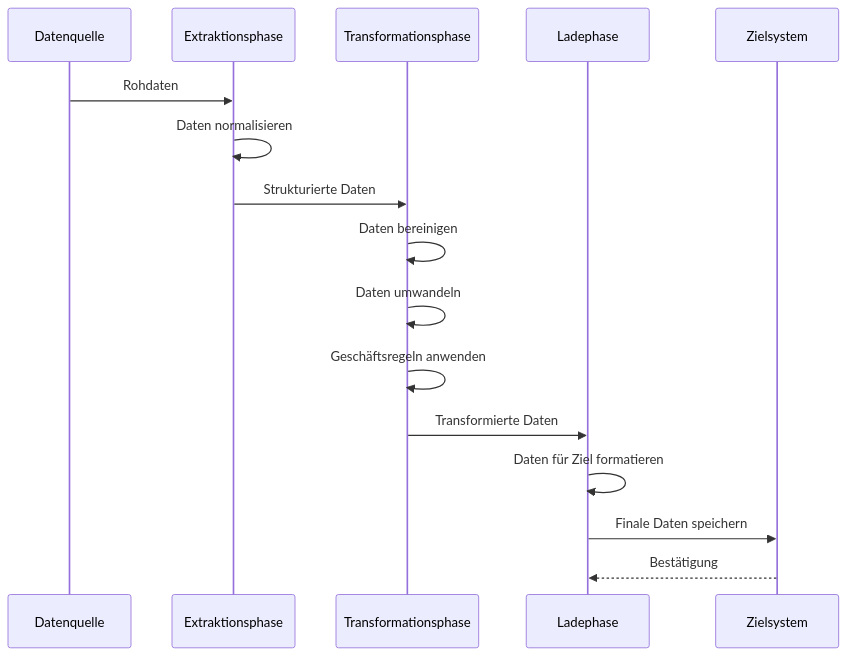
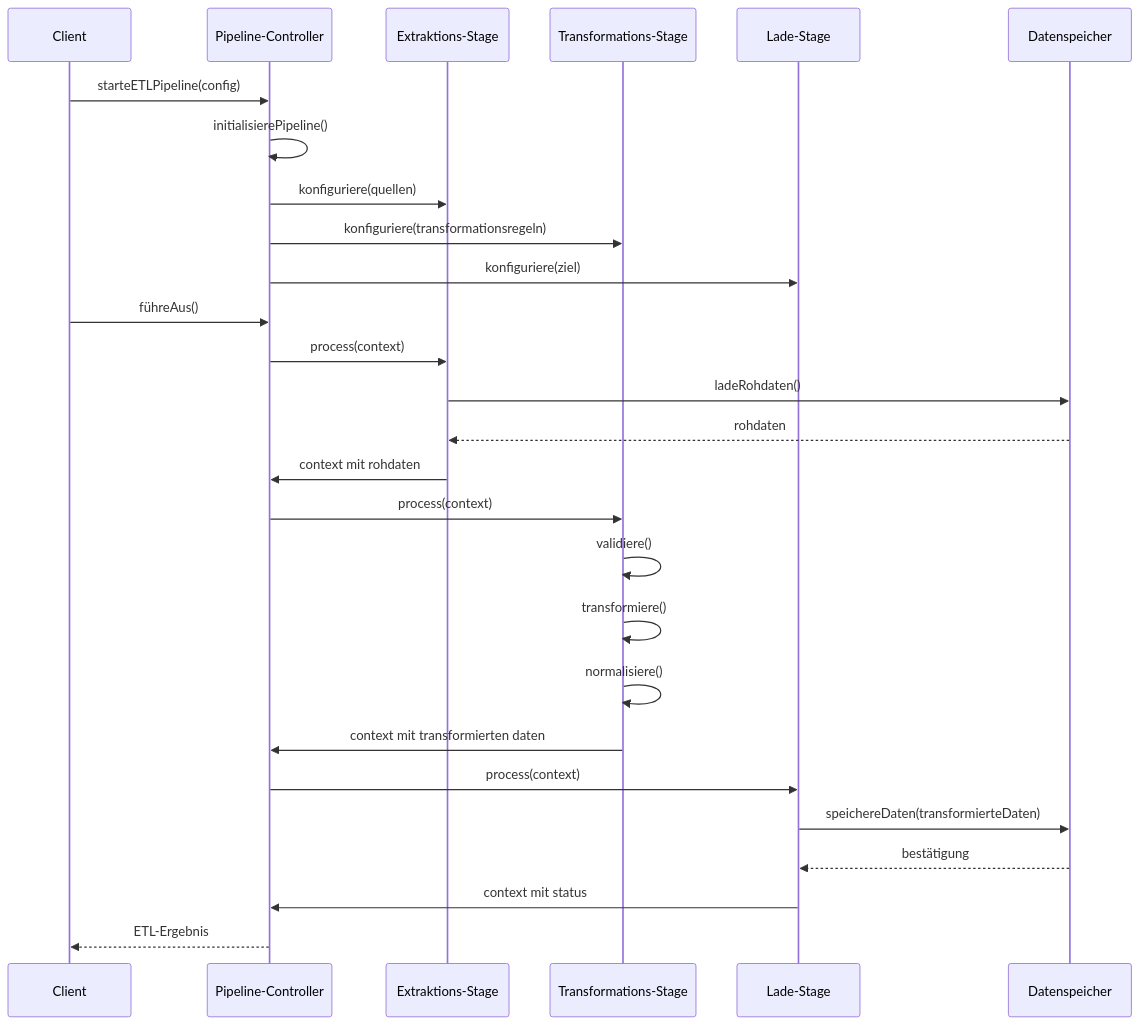
One commit to scimbe/VS_Pattern_By_KI changed the third of 8 diagrams in Pipeline/docs/USE_CASES.md. Above: the diagram before and after it, drawn with Mermaid. The commit also changed other lines of this file and 19 other files, not shown here.

````diff
--- a/Pipeline/docs/USE_CASES.md
+++ b/Pipeline/docs/USE_CASES.md
@@ -64,21 +61,34 @@
 ```mermaid
 sequenceDiagram
-    participant Quelle as Datenquelle
-    participant Extract as Extraktionsphase
-    participant Transform as Transformationsphase
-    participant Load as Ladephase
-    participant Ziel as Zielsystem
+    participant Client
+    participant Controller as Pipeline-Controller
+    participant Extract as Extraktions-Stage
+    participant Transform as Transformations-Stage
+    participant Load as Lade-Stage
+    participant Storage as Datenspeicher
     
-    Quelle->>Extract: Rohdaten
-    Extract->>Extract: Daten normalisieren 
-    Extract->>Transform: Strukturierte Daten
+    Client->>Controller: starteETLPipeline(config)
+    Controller->>Controller: initialisierePipeline()
+    Controller->>Extract: konfiguriere(quellen)
+    Controller->>Transform: konfiguriere(transformationsregeln)
+    Controller->>Load: konfiguriere(ziel)
     
-    Transform->>Transform: Daten bereinigen
-    Transform->>Transform: Daten umwandeln
-    Transform->>Transform: Geschäftsregeln anwenden
+    Client->>Controller: führeAus()
+    Controller->>Extract: process(context)
+    Extract->>Storage: ladeRohdaten()
+    Storage-->>Extract: rohdaten
+    Extract->>Controller: context mit rohdaten
     
-    Transform->>Load: Transformierte Daten
-    Load->>Load: Daten für Ziel formatieren
-    Load->>Ziel: Finale Daten speichern
-    Ziel-->>Load: Bestätigung
+    Controller->>Transform: process(context)
+    Transform->>Transform: validiere()
+    Transform->>Transform: transformiere()
+    Transform->>Transform: normalisiere()
+    Transform->>Controller: context mit transformierten daten
+    
+    Controller->>Load: process(context)
+    Load->>Storage: speichereDaten(transformierteDaten)
+    Storage-->>Load: bestätigung
+    Load->>Controller: context mit status
+    
+    Controller-->>Client: ETL-Ergebnis
 ```
````
